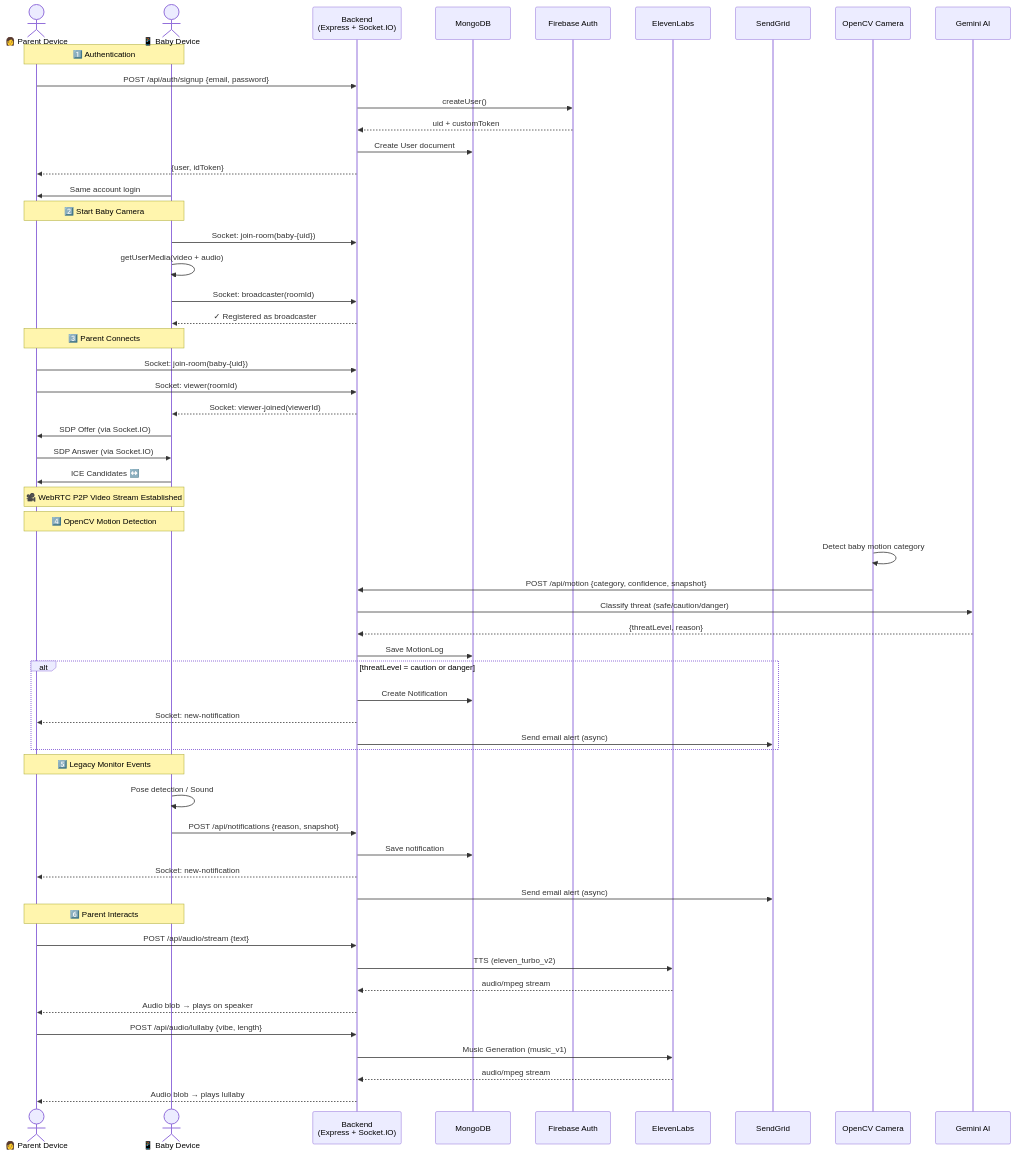
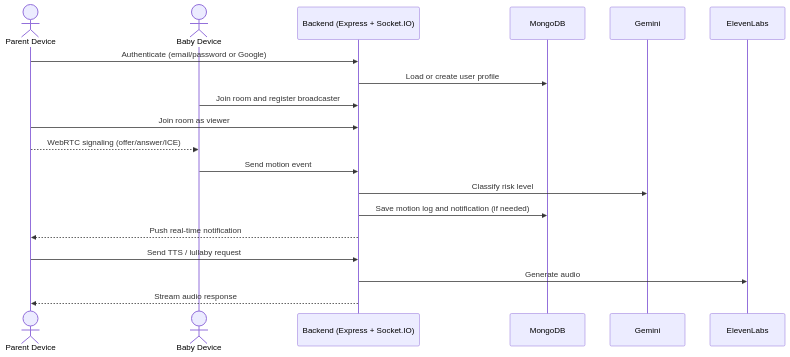
Before and after one commit to vvictort/htc-2026: the second of 2 diagrams in README.md, drawn with Mermaid. The commit also changed other lines of this file and 57 other files, not shown here.

````diff
--- a/README.md
+++ b/README.md
@@ -85,65 +134,25 @@
 ```mermaid
 sequenceDiagram
-    actor Parent as 👩 Parent Device
-    actor Baby as 📱 Baby Device
-    participant BE as Backend<br/>(Express + Socket.IO)
+    actor Parent as Parent Device
+    actor Baby as Baby Device
+    participant BE as Backend (Express + Socket.IO)
     participant DB as MongoDB
-    participant FB as Firebase Auth
+    participant AI as Gemini
     participant EL as ElevenLabs
-    participant SG as SendGrid
 
-    Note over Parent, Baby: 1️⃣ Authentication
-    Parent->>BE: POST /api/auth/signup {email, password}
-    BE->>FB: createUser()
-    FB-->>BE: uid + customToken
-    BE->>DB: Create User document
-    BE-->>Parent: {user, idToken}
-    Baby->>Parent: Same account login
+    Parent->>BE: Authenticate (email/password or Google)
+    BE->>DB: Load or create user profile
 
-    Note over Parent, Baby: 2️⃣ Start Baby Camera
-    Baby->>BE: Socket: join-room(baby-{uid})
-    Baby->>Baby: getUserMedia(video + audio)
-    Baby->>BE: Socket: broadcaster(roomId)
-    BE-->>Baby: ✓ Registered as broadcaster
+    Baby->>BE: Join room and register broadcaster
+    Parent->>BE: Join room as viewer
+    Parent-->>Baby: WebRTC signaling (offer/answer/ICE)
 
-    Note over Parent, Baby: 3️⃣ Parent Connects
-    Parent->>BE: Socket: join-room(baby-{uid})
-    Parent->>BE: Socket: viewer(roomId)
-    BE-->>Baby: Socket: viewer-joined(viewerId)
-    Baby->>Parent: SDP Offer (via Socket.IO)
-    Parent->>Baby: SDP Answer (via Socket.IO)
-    Baby->>Parent: ICE Candidates ↔️
-    Note over Parent, Baby: 🎥 WebRTC P2P Video Stream Established
+    Baby->>BE: Send motion event
+    BE->>AI: Classify risk level
+    BE->>DB: Save motion log and notification (if needed)
+    BE-->>Parent: Push real-time notification
 
-    Note over Parent, Baby: 4️⃣ OpenCV Motion Detection
-    participant CV as OpenCV Camera
-    participant GM as Gemini AI
-    CV->>CV: Detect baby motion category
-    CV->>BE: POST /api/motion {category, confidence, snapshot}
-    BE->>GM: Classify threat (safe/caution/danger)
-    GM-->>BE: {threatLevel, reason}
-    BE->>DB: Save MotionLog
-    alt threatLevel = caution or danger
-        BE->>DB: Create Notification
-        BE-->>Parent: Socket: new-notification
-        BE->>SG: Send email alert (async)
-    end
-
-    Note over Parent, Baby: 5️⃣ Legacy Monitor Events
-    Baby->>Baby: Pose detection / Sound
-    Baby->>BE: POST /api/notifications {reason, snapshot}
-    BE->>DB: Save notification
-    BE-->>Parent: Socket: new-notification
-    BE->>SG: Send email alert (async)
-
-    Note over Parent, Baby: 6️⃣ Parent Interacts
-    Parent->>BE: POST /api/audio/stream {text}
-    BE->>EL: TTS (eleven_turbo_v2)
-    EL-->>BE: audio/mpeg stream
-    BE-->>Parent: Audio blob → plays on speaker
-
-    Parent->>BE: POST /api/audio/lullaby {vibe, length}
-    BE->>EL: Music Generation (music_v1)
-    EL-->>BE: audio/mpeg stream
-    BE-->>Parent: Audio blob → plays lullaby
+    Parent->>BE: Send TTS / lullaby request
+    BE->>EL: Generate audio
+    BE-->>Parent: Stream audio response
 ```
````
